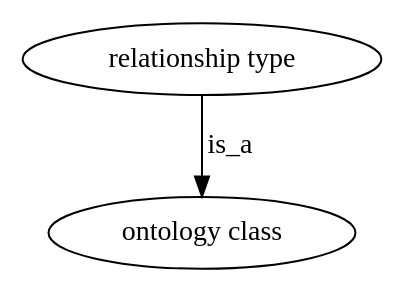
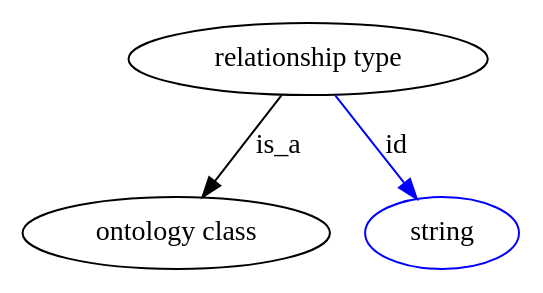
One commit to biolink/biolink-model changed the diagram in graphviz/relationship_type.gv. Above: the diagram before and after it, drawn with Graphviz. The commit also changed 240 other files, not shown here.

```diff
--- a/graphviz/relationship_type.gv
+++ b/graphviz/relationship_type.gv
@@ -1,14 +1,24 @@
 digraph {
-	graph [bb="0,0,179.38,123"];
+	graph [bb="0,0,248.04,123"];
 	node [label="\N"];
 	"relationship type"	[height=0.5,
 		label="relationship type",
-		pos="89.692,105",
+		pos="142.69,105",
 		width=2.4914];
 	"ontology class"	[height=0.5,
-		pos="89.692,18",
+		pos="76.693,18",
 		width=2.1304];
 	"relationship type" -> "ontology class"	[label=is_a,
-		lp="103.69,61.5",
-		pos="e,89.692,36.175 89.692,86.799 89.692,75.163 89.692,59.548 89.692,46.237"];
+		lp="127.69,61.5",
+		pos="e,89.804,35.885 129.34,86.799 119.79,74.506 106.8,57.774 96.111,44.007"];
+	id	[color=blue,
+		height=0.5,
+		label=string,
+		pos="209.69,18",
+		width=1.0652];
+	"relationship type" -> id	[color=blue,
+		label=id,
+		lp="186.69,61.5",
+		pos="e,197.06,35.025 156.25,86.799 166.13,74.265 179.65,57.116 190.62,43.201",
+		style=solid];
 }
```
